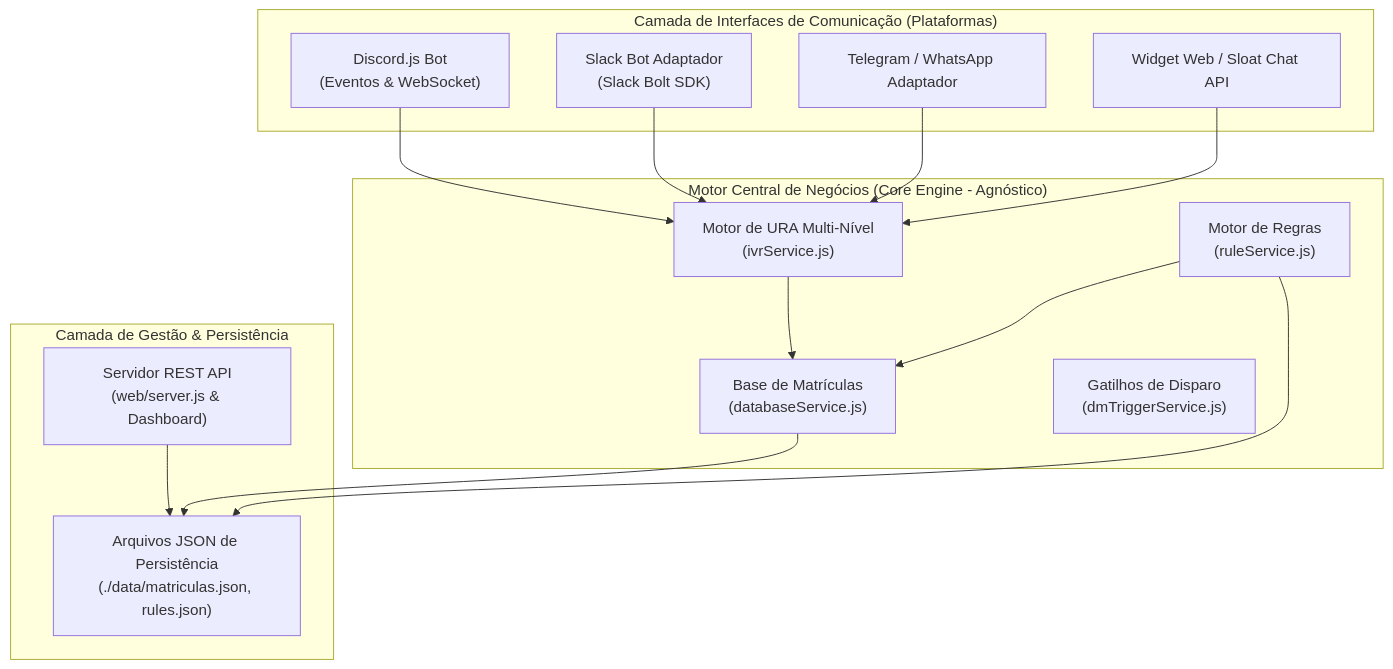
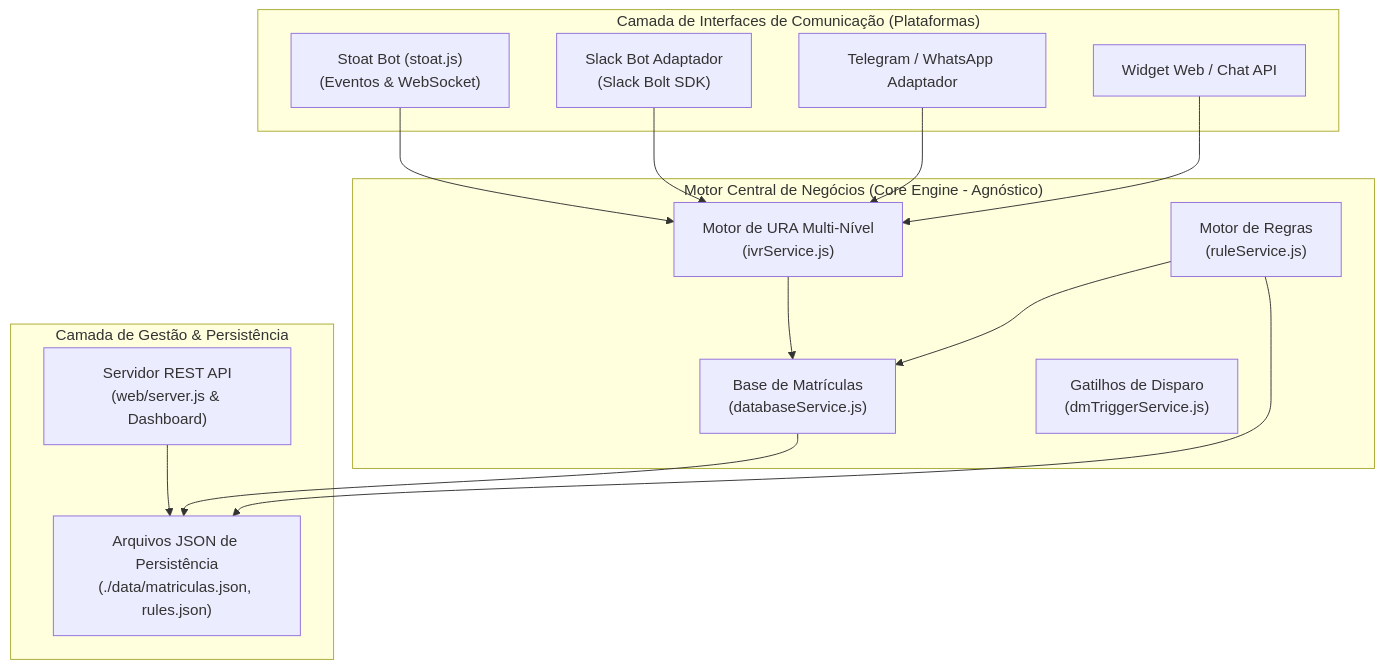
One commit to lhuannc/flex-bot changed the diagram in docs/bot_architecture_and_multiplatform.md. Above: the diagram before and after it, drawn with Mermaid. The commit also changed other lines of this file and 35 other files, not shown here.

````diff
--- a/docs/bot_architecture_and_multiplatform.md
+++ b/docs/bot_architecture_and_multiplatform.md
@@ -11,33 +11,33 @@
 ```mermaid
 graph TD
     subgraph "Camada de Interfaces de Comunicação (Plataformas)"
-        Discord["Discord.js Bot<br/>(Eventos & WebSocket)"]
+        Stoat["Stoat Bot (stoat.js)<br/>(Eventos & WebSocket)"]
         Slack["Slack Bot Adaptador<br/>(Slack Bolt SDK)"]
         Telegram["Telegram / WhatsApp Adaptador"]
-        Sloat["Widget Web / Sloat Chat API"]
+        WebChat["Widget Web / Chat API"]
     end
 
     subgraph "Motor Central de Negócios (Core Engine - Agnóstico)"
         DatabaseService["Base de Matrículas<br/>(databaseService.js)"]
         RuleService["Motor de Regras<br/>(ruleService.js)"]
         IVRService["Motor de URA Multi-Nível<br/>(ivrService.js)"]
         DMTriggerService["Gatilhos de Disparo<br/>(dmTriggerService.js)"]
     end
 
     subgraph "Camada de Gestão & Persistência"
         ExpressAPI["Servidor REST API<br/>(web/server.js & Dashboard)"]
         JSONStorage["Arquivos JSON de Persistência<br/>(./data/matriculas.json, rules.json)"]
     end
 
-    Discord --> IVRService
+    Stoat --> IVRService
     Slack --> IVRService
     Telegram --> IVRService
-    Sloat --> IVRService
+    WebChat --> IVRService
 
     IVRService --> DatabaseService
     RuleService --> DatabaseService
-    
+
     ExpressAPI --> JSONStorage
     DatabaseService --> JSONStorage
     RuleService --> JSONStorage
 ```
````
